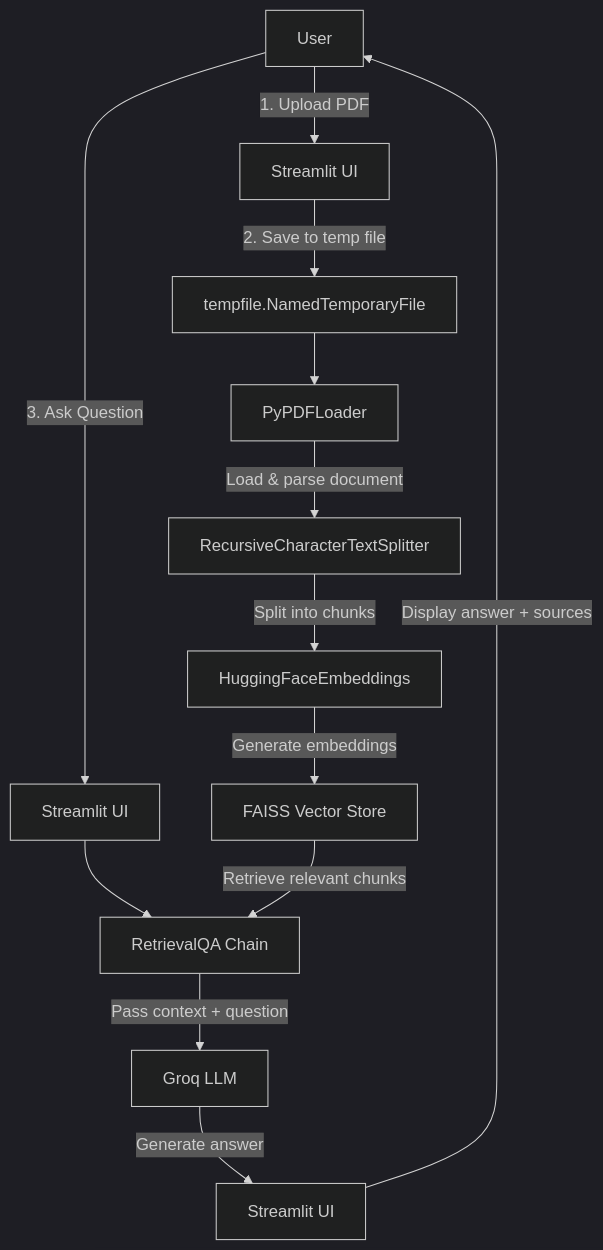
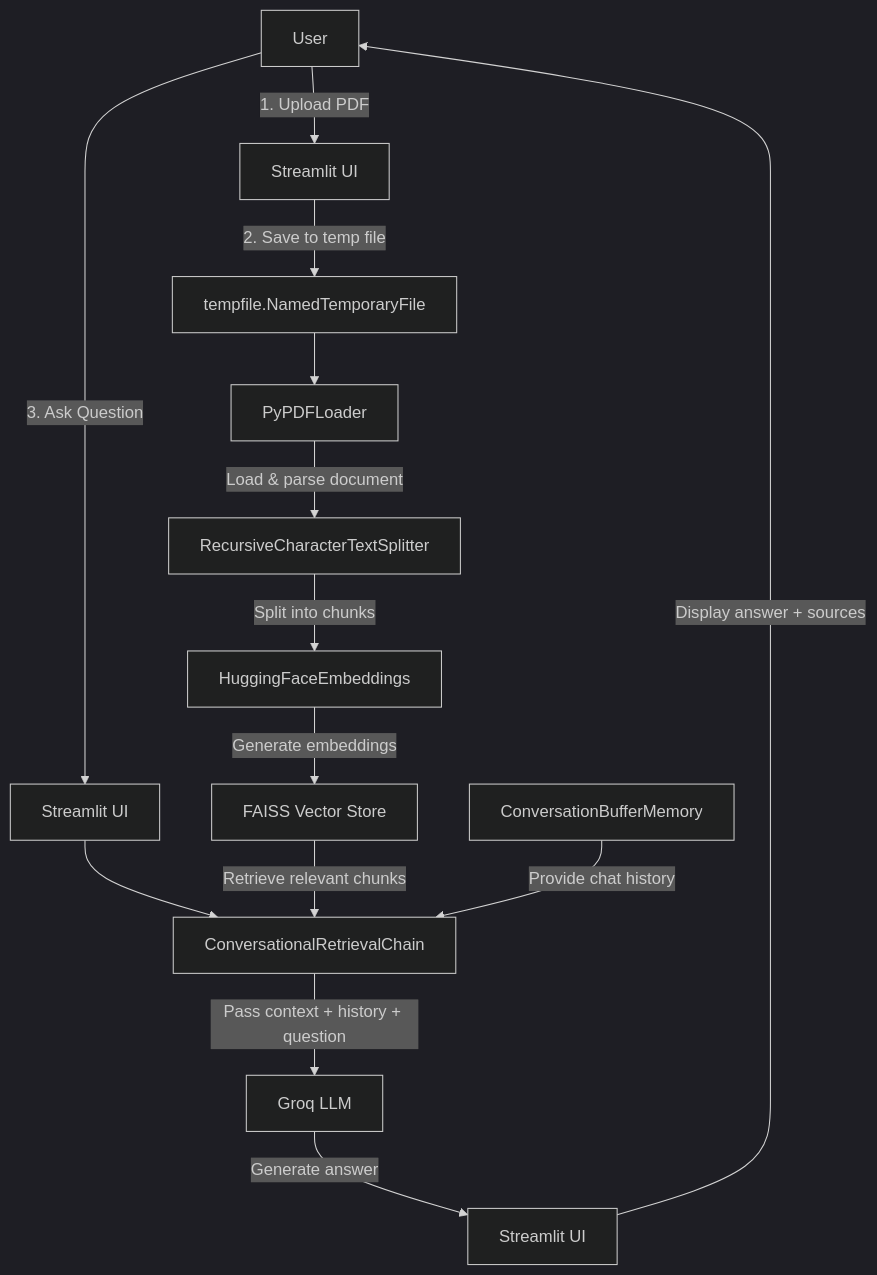
The diagram in README.md (mayurk224/askdocs), drawn with Mermaid (dark theme) before and after one commit. The commit also changed other lines of this file and 2 other files, not shown here.

First line of the commit message:
feat(qa-chain): add conversational chat history support

````diff
--- a/README.md
+++ b/README.md
@@ -43,15 +43,16 @@
 ```mermaid
 flowchart TD
     A[User] -->|1. Upload PDF| B[Streamlit UI]
     B -->|2. Save to temp file| C[tempfile.NamedTemporaryFile]
     C --> D[PyPDFLoader]
     D -->|Load & parse document| E[RecursiveCharacterTextSplitter]
     E -->|Split into chunks| F[HuggingFaceEmbeddings]
     F -->|Generate embeddings| G[FAISS Vector Store]
     A -->|3. Ask Question| H[Streamlit UI]
-    H --> I[RetrievalQA Chain]
+    H --> I[ConversationalRetrievalChain]
     G -->|Retrieve relevant chunks| I
-    I -->|Pass context + question| J[Groq LLM]
+    Memory[ConversationBufferMemory] -->|Provide chat history| I
+    I -->|Pass context + history + question| J[Groq LLM]
     J -->|Generate answer| K[Streamlit UI]
     K -->|Display answer + sources| A
 ```
````
